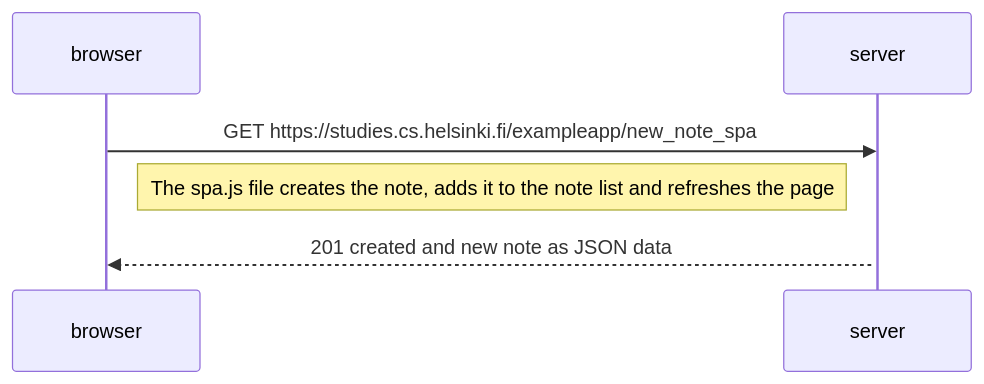
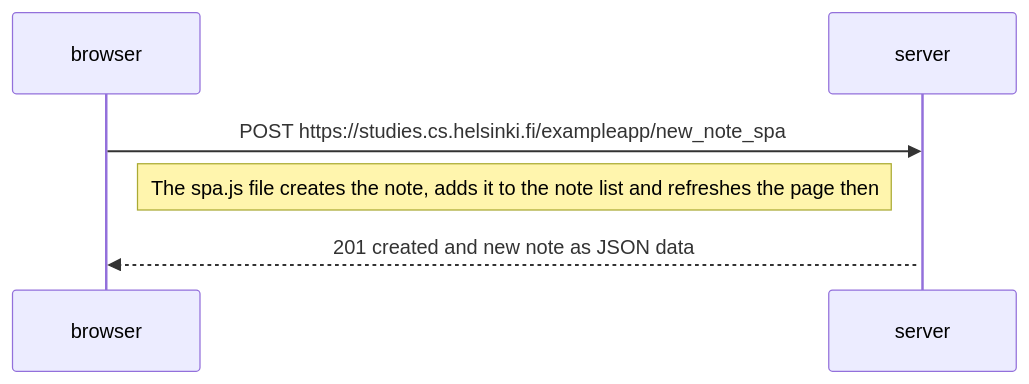
Before and after one commit to arvidkullhammar/Fullstack-Open: the diagram in part0/0.6.md, drawn with Mermaid.

````diff
--- a/part0/0.6.md
+++ b/part0/0.6.md
@@ -1,12 +1,12 @@
 ```mermaid
 sequenceDiagram
     participant browser
     participant server
 
-    browser->>server: GET https://studies.cs.helsinki.fi/exampleapp/new_note_spa
+    browser->>server: POST https://studies.cs.helsinki.fi/exampleapp/new_note_spa
     activate server
 
- Note right of browser: The spa.js file creates the note, adds it to the note list and refreshes the page
+ Note right of browser: The spa.js file creates the note, adds it to the note list and refreshes the page then 
 
     server-->>browser: 201 created and new note as JSON data
 ```
````
